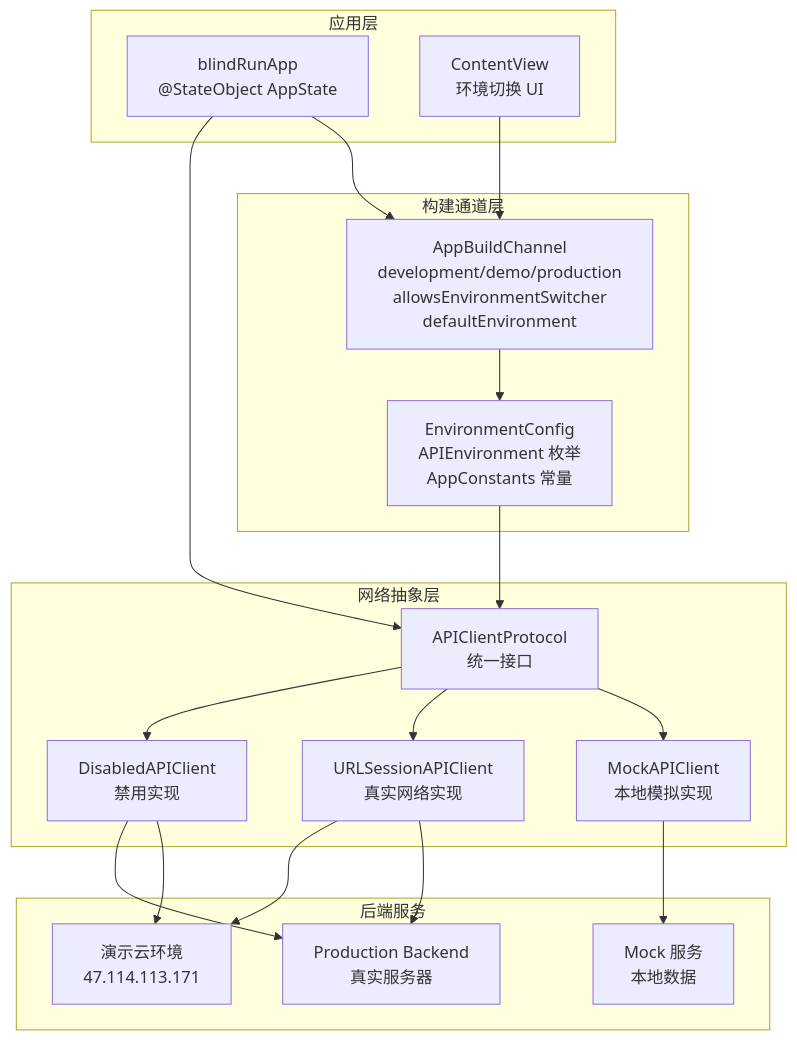
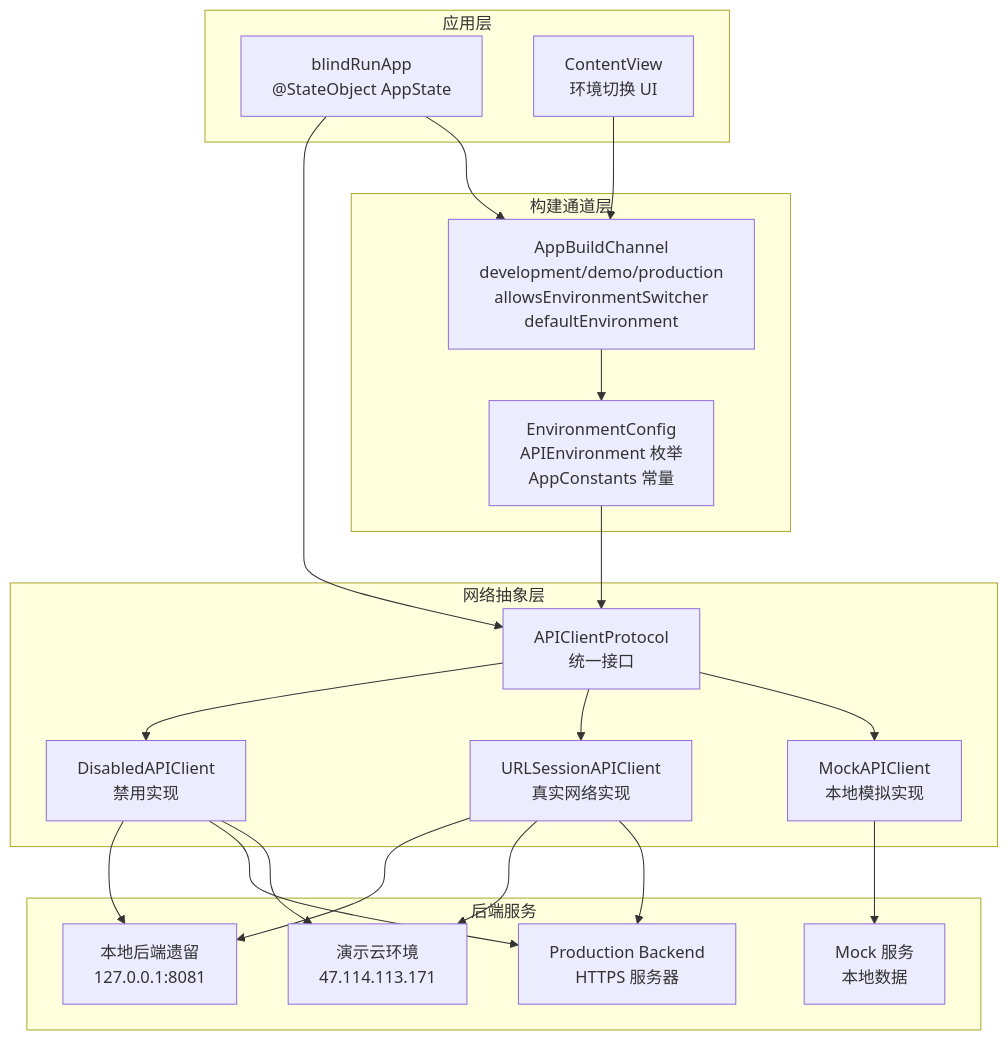
The second of 8 diagrams in .qoder/repowiki/zh/content/架构设计/API 环境配置.md (Jayden23018/blind-run-ios), drawn with Mermaid before and after one commit. The commit also changed other lines of this file and 11 other files, not shown here.

````diff
--- a/.qoder/repowiki/zh/content/架构设计/API 环境配置.md
+++ b/.qoder/repowiki/zh/content/架构设计/API 环境配置.md
@@ -143,35 +144,38 @@
 ```mermaid
 graph TB
 subgraph "构建通道层"
 BC["AppBuildChannel<br/>development/demo/production<br/>allowsEnvironmentSwitcher<br/>defaultEnvironment"]
 END["EnvironmentConfig<br/>APIEnvironment 枚举<br/>AppConstants 常量"]
 end
 subgraph "网络抽象层"
 AC["APIClientProtocol<br/>统一接口"]
 MC["MockAPIClient<br/>本地模拟实现"]
 UC["URLSessionAPIClient<br/>真实网络实现"]
 DC["DisabledAPIClient<br/>禁用实现"]
 end
 subgraph "应用层"
 BA["blindRunApp<br/>@StateObject AppState"]
 CV["ContentView<br/>环境切换 UI"]
 end
 subgraph "后端服务"
-PRD["Production Backend<br/>真实服务器"]
+PRD["Production Backend<br/>HTTPS 服务器"]
 MOCK["Mock 服务<br/>本地数据"]
 DEMO["演示云环境<br/>47.114.113.171"]
+LB["本地后端遗留<br/>127.0.0.1:8081"]
 end
 BC --> END
 END --> AC
 AC --> MC
 AC --> UC
 AC --> DC
 BA --> BC
 BA --> AC
 CV --> BC
 MC --> MOCK
 UC --> PRD
 UC --> DEMO
+UC --> LB
 DC --> DEMO
 DC --> PRD
+DC --> LB
 ```
````
